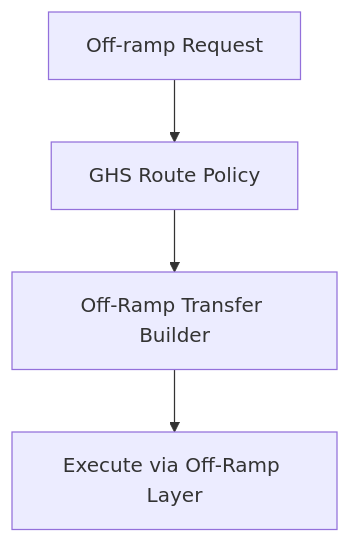
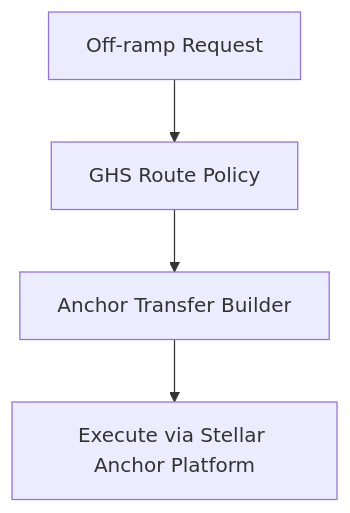
Before and after one commit to fiatsend/techical-achitecture: the third of 15 diagrams in Fiatsend-Technical-Architecture-SCF43-Integration.md, drawn with Mermaid. The commit also changed other lines of this file, not shown here.

First line of the commit message:
Revise Fiatsend architecture for SEP-24 integration

````diff
--- a/Fiatsend-Technical-Architecture-SCF43-Integration.md
+++ b/Fiatsend-Technical-Architecture-SCF43-Integration.md
@@ -149,6 +185,6 @@
 ```mermaid
 flowchart TD
     A[Off-ramp Request] --> B[GHS Route Policy]
-    B --> C[Off-Ramp Transfer Builder]
-    C --> D[Execute via Off-Ramp Layer]
+    B --> C[Anchor Transfer Builder]
+    C --> D[Execute via Stellar Anchor Platform]
 ```
````
